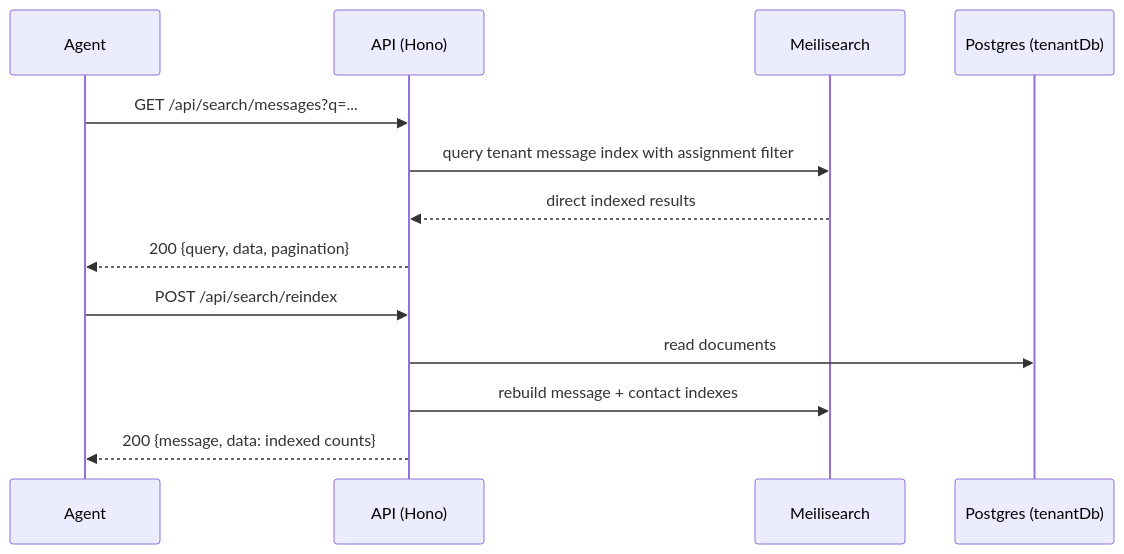
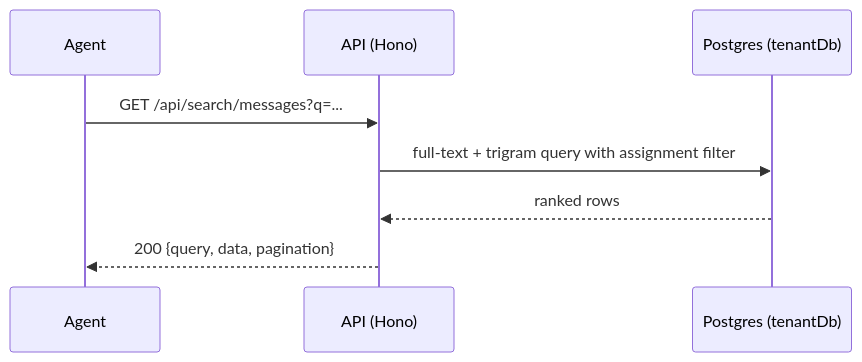
Before and after one commit to ygncode/wateaminbox: the diagram in docs/apis/search.md, drawn with Mermaid. The commit also changed other lines of this file and 189 other files, not shown here.

First line of the commit message:
feat(search): drop Meilisearch, serve search from PostgreSQL only (#467)

````diff
--- a/docs/apis/search.md
+++ b/docs/apis/search.md
@@ -23,15 +21,10 @@
 ```mermaid
 sequenceDiagram
     participant U as Agent
     participant A as API (Hono)
-    participant M as Meilisearch
     participant D as Postgres (tenantDb)
     U->>A: GET /api/search/messages?q=...
-    A->>M: query tenant message index with assignment filter
-    M-->>A: direct indexed results
+    A->>D: full-text + trigram query with assignment filter
+    D-->>A: ranked rows
     A-->>U: 200 {query, data, pagination}
-    U->>A: POST /api/search/reindex
-    A->>D: read documents
-    A->>M: rebuild message + contact indexes
-    A-->>U: 200 {message, data: indexed counts}
 ```
````
